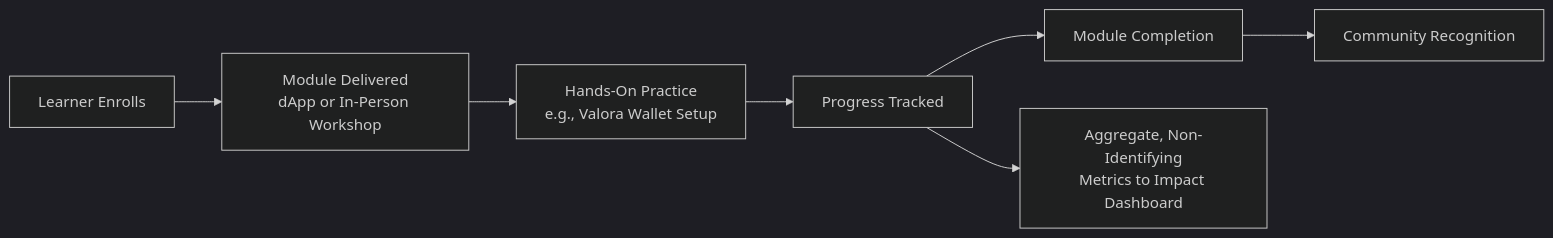
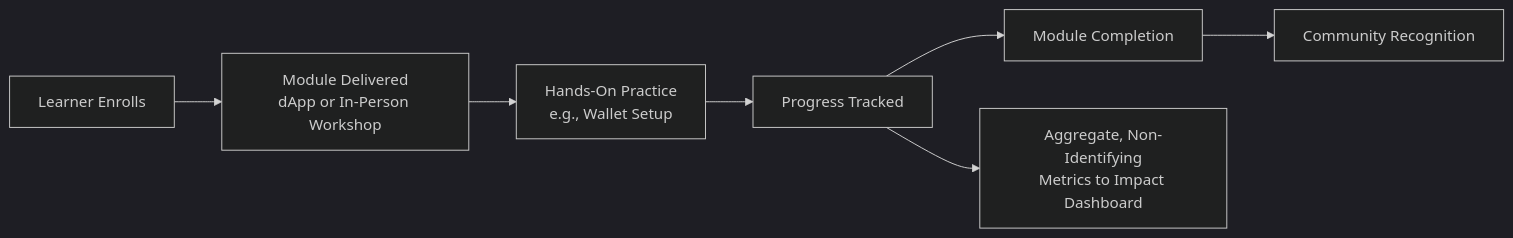
Before and after one commit to Celo-HaiTi/celoht-research: the first of 21 diagrams in WHITEPAPER.md, drawn with Mermaid (dark theme). The commit also changed other lines of this file and 8 other files, not shown here.

````diff
--- a/WHITEPAPER.md
+++ b/WHITEPAPER.md
@@ -219,9 +219,9 @@
 ```mermaid
 flowchart LR
     A[Learner Enrolls] --> B[Module Delivered<br/>dApp or In-Person Workshop]
-    B --> C[Hands-On Practice<br/>e.g., Valora Wallet Setup]
+    B --> C[Hands-On Practice<br/>e.g., Wallet Setup]
     C --> D[Progress Tracked]
     D --> E[Module Completion]
     E --> F[Community Recognition]
     D --> G[Aggregate, Non-Identifying<br/>Metrics to Impact Dashboard]
 ```
````
